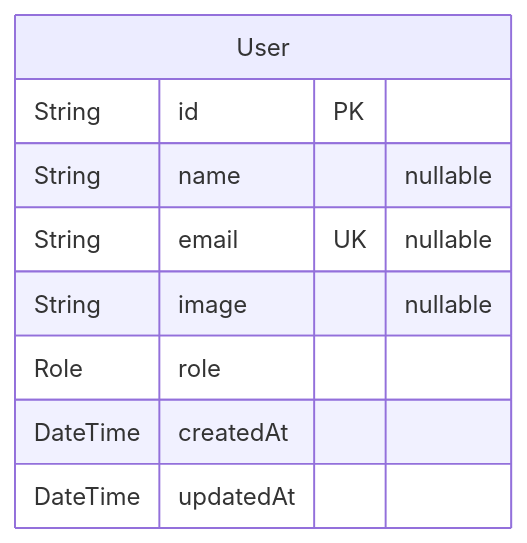
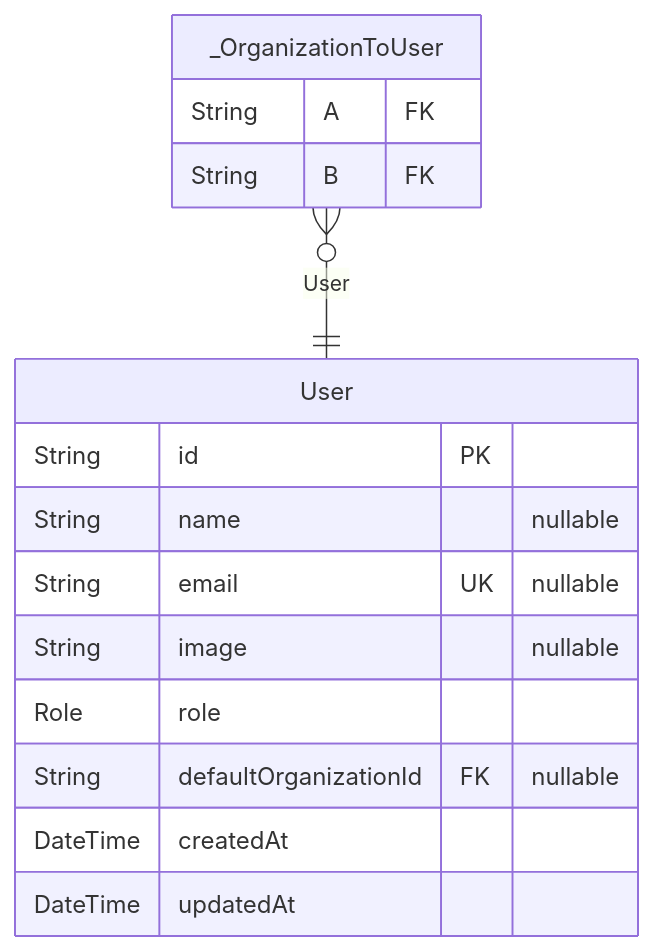
The sixth of 7 diagrams in packages/db/prisma/README.md (rayven122/tumiki), drawn with Mermaid before and after one commit. The commit also changed other lines of this file and 6 other files, not shown here.

````diff
--- a/packages/db/prisma/README.md
+++ b/packages/db/prisma/README.md
@@ -756,12 +796,18 @@
 ```mermaid
 erDiagram
 "User" {
   String id PK
   String name "nullable"
   String email UK "nullable"
   String image "nullable"
   Role role
+  String defaultOrganizationId FK "nullable"
   DateTime createdAt
   DateTime updatedAt
 }
+"_OrganizationToUser" {
+  String A FK
+  String B FK
+}
+"_OrganizationToUser" }o--|| "User" : User
 ```
````
